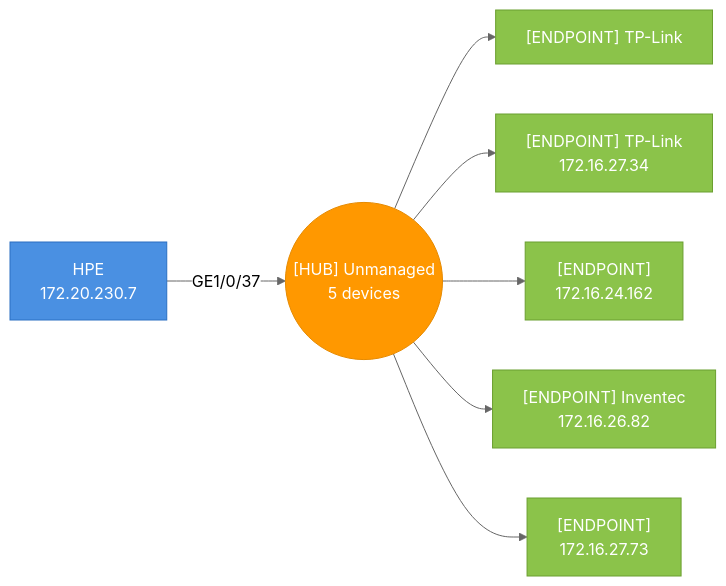
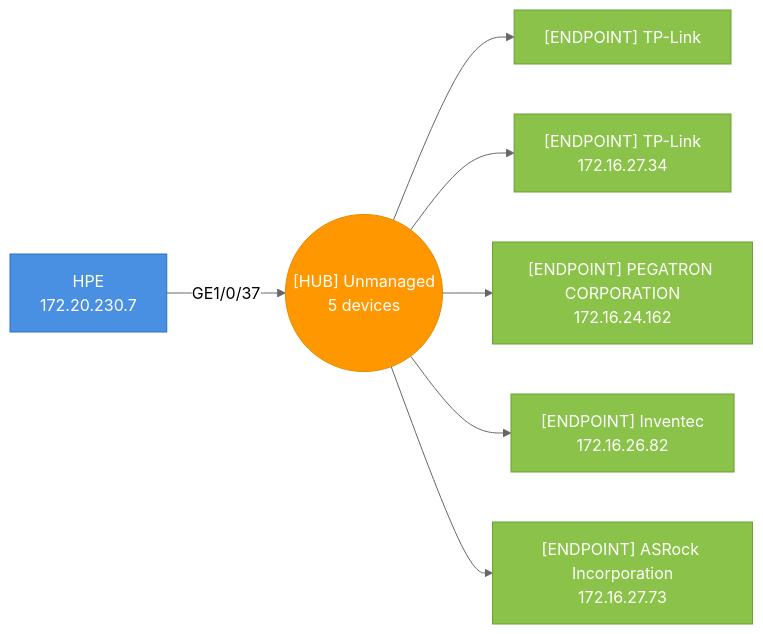
Before and after one commit to djamic/LLDP-Skanner-Go: the ninth of 38 diagrams in testdata/golden/audit_default.md, drawn with Mermaid (neutral theme). The commit also changed other lines of this file and 11 other files, not shown here.

````diff
--- a/testdata/golden/audit_default.md
+++ b/testdata/golden/audit_default.md
@@ -1437,23 +1427,23 @@
 ```mermaid
 graph LR
   hub_4caea38e1909_p37(("[HUB] Unmanaged<br>5 devices"))
   4caea38e1909["HPE<br>172.20.230.7"]
   4caea38e1909-- "GE1/0/37" -->hub_4caea38e1909_p37
   style 4caea38e1909 fill:#4A90E2,stroke:#2A6FC2,color:#fff
   10feed5a195e["[ENDPOINT] TP-Link"]
   hub_4caea38e1909_p37-->10feed5a195e
   style 10feed5a195e fill:#8BC34A,stroke:#6B9F30,color:#fff
   10feed5a195f["[ENDPOINT] TP-Link<br>172.16.27.34"]
   hub_4caea38e1909_p37-->10feed5a195f
   style 10feed5a195f fill:#8BC34A,stroke:#6B9F30,color:#fff
-  54b203712a46["[ENDPOINT]<br>172.16.24.162"]
+  54b203712a46["[ENDPOINT] PEGATRON CORPORATION<br>172.16.24.162"]
   hub_4caea38e1909_p37-->54b203712a46
   style 54b203712a46 fill:#8BC34A,stroke:#6B9F30,color:#fff
   64c901f59176["[ENDPOINT] Inventec<br>172.16.26.82"]
   hub_4caea38e1909_p37-->64c901f59176
   style 64c901f59176 fill:#8BC34A,stroke:#6B9F30,color:#fff
-  a8a159a0c9a3["[ENDPOINT]<br>172.16.27.73"]
+  a8a159a0c9a3["[ENDPOINT] ASRock Incorporation<br>172.16.27.73"]
   hub_4caea38e1909_p37-->a8a159a0c9a3
   style a8a159a0c9a3 fill:#8BC34A,stroke:#6B9F30,color:#fff
   style hub_4caea38e1909_p37 fill:#FF9800,stroke:#E68A00,color:#fff
 ```
````
